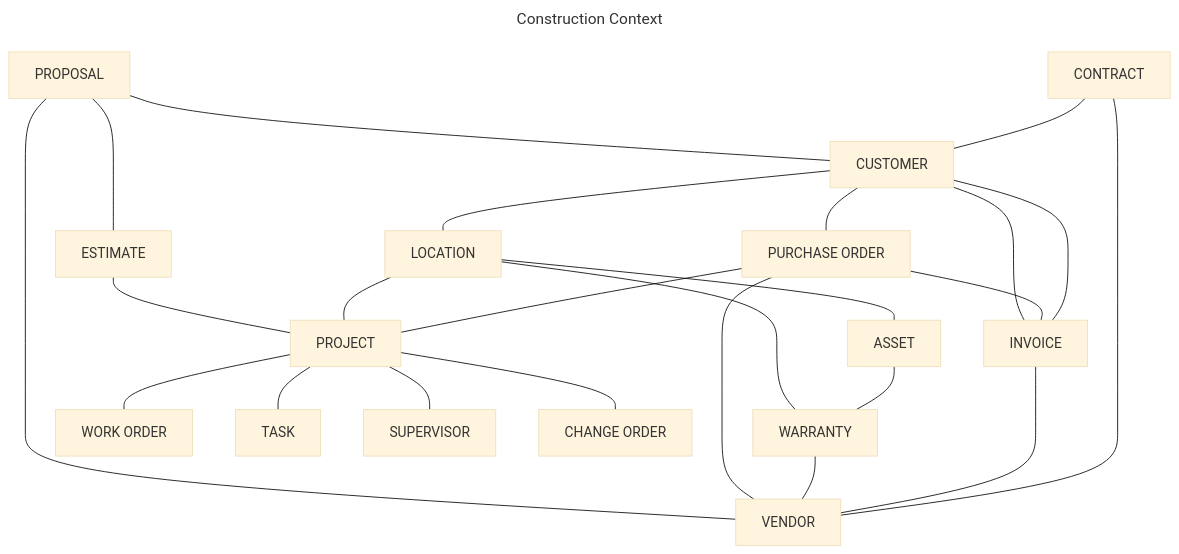
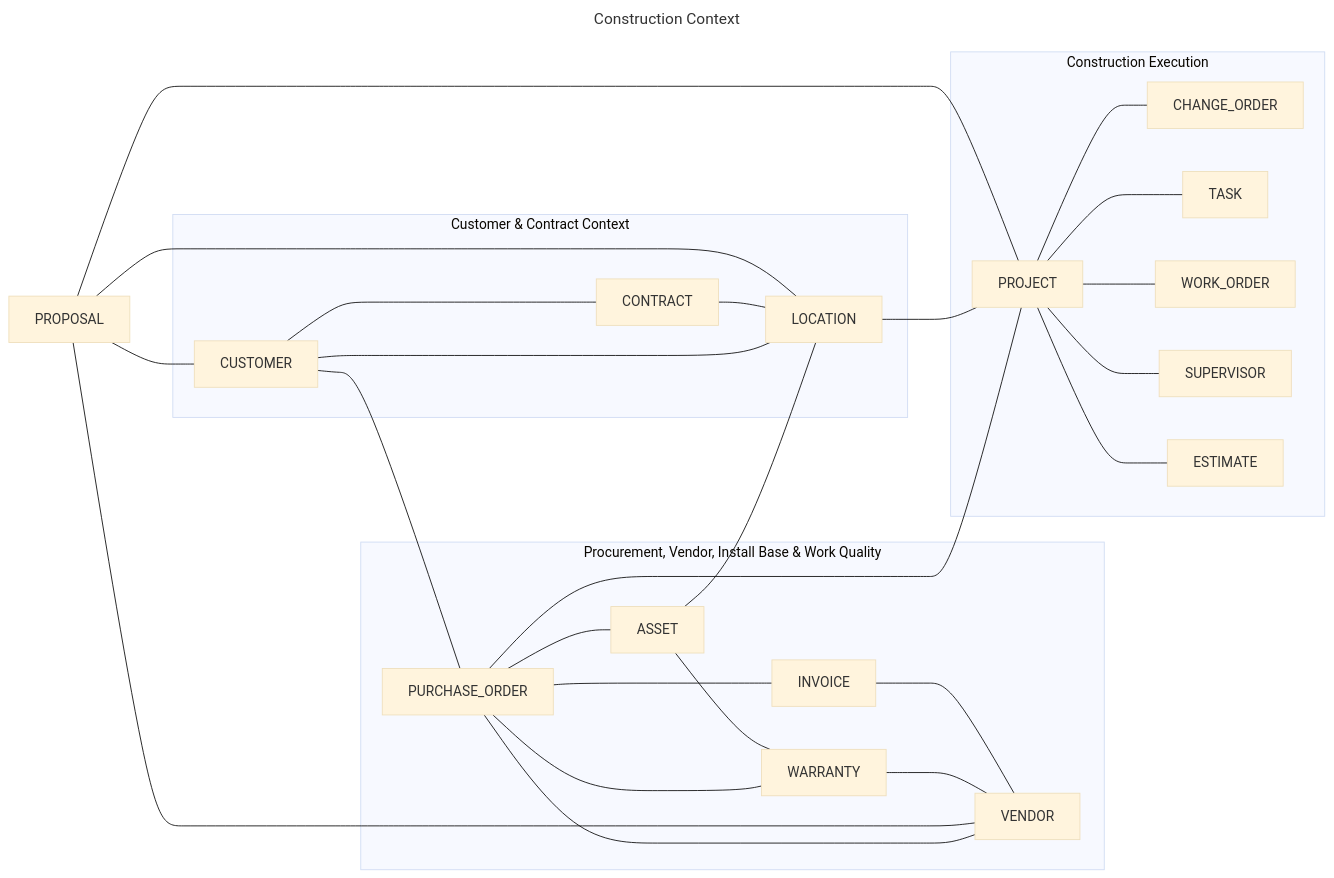
The diagram in construction-bounded-context.mmd (mcknz76/diagram-example), drawn with Mermaid (base theme) before and after one commit.

Commit message:
updated construction

```diff
--- a/construction-bounded-context.mmd
+++ b/construction-bounded-context.mmd
@@ -1,27 +1,74 @@
 ---
 title: Construction Context
 ---
-graph
-  CONTRACT---VENDOR
-  CONTRACT---CUSTOMER
-  CUSTOMER---LOCATION
-  CUSTOMER---PURCHASEORDER[PURCHASE ORDER]
-  CUSTOMER---INVOICE
-  PURCHASEORDER---PROJECT
-  PURCHASEORDER---INVOICE
-  INVOICE---VENDOR
-  INVOICE---CUSTOMER
-  LOCATION---PROJECT
-  LOCATION---ASSET
-  ASSET---WARRANTY
-  WARRANTY---VENDOR
-  WARRANTY---LOCATION
-  PURCHASEORDER---VENDOR
-  PROPOSAL---ESTIMATE
-  ESTIMATE---PROJECT
-  PROJECT---WORKORDER[WORK ORDER]
-	PROJECT---TASK
-  PROJECT---SUPERVISOR
-  PROJECT---CHANGEORDER[CHANGE ORDER]
-  PROPOSAL---CUSTOMER
-  PROPOSAL---VENDOR
+
+flowchart LR
+
+%% -----------------------------
+%% Customer & Contract Context
+%% -----------------------------
+subgraph CustomerCtx["Customer & Contract Context"]
+
+    CUSTOMER
+    CONTRACT
+    LOCATION
+end
+
+%% -----------------------------
+%% Procurement, Vendor, Install Base & Work Quality
+%% -----------------------------
+subgraph ProcurementCtx["Procurement, Vendor, Install Base & Work Quality"]
+
+    PURCHASE_ORDER
+    INVOICE
+    ASSET
+    WARRANTY
+    VENDOR
+end
+
+%% -----------------------------
+%% Construction Execution
+%% -----------------------------
+subgraph ExecCtx["Construction Execution"]
+
+    PROJECT
+    CHANGE_ORDER
+    TASK
+    WORK_ORDER
+    SUPERVISOR
+    ESTIMATE
+end
+
+%% -----------------------------
+%% Relationships
+%% -----------------------------
+CUSTOMER --- CONTRACT
+CUSTOMER --- LOCATION
+CUSTOMER --- PURCHASE_ORDER
+CONTRACT --- LOCATION
+
+PURCHASE_ORDER --- INVOICE
+PURCHASE_ORDER --- ASSET
+PURCHASE_ORDER --- VENDOR
+PURCHASE_ORDER --- WARRANTY
+
+ASSET --- WARRANTY
+
+LOCATION --- PROJECT
+PURCHASE_ORDER --- PROJECT
+PROPOSAL --- PROJECT
+
+PROJECT --- CHANGE_ORDER
+PROJECT --- TASK
+PROJECT --- WORK_ORDER
+PROJECT --- SUPERVISOR
+PROJECT --- ESTIMATE
+
+PROPOSAL --- CUSTOMER
+PROPOSAL --- LOCATION
+PROPOSAL --- VENDOR
+
+WARRANTY --- VENDOR
+INVOICE --- VENDOR
+
+ASSET --- LOCATION
```
